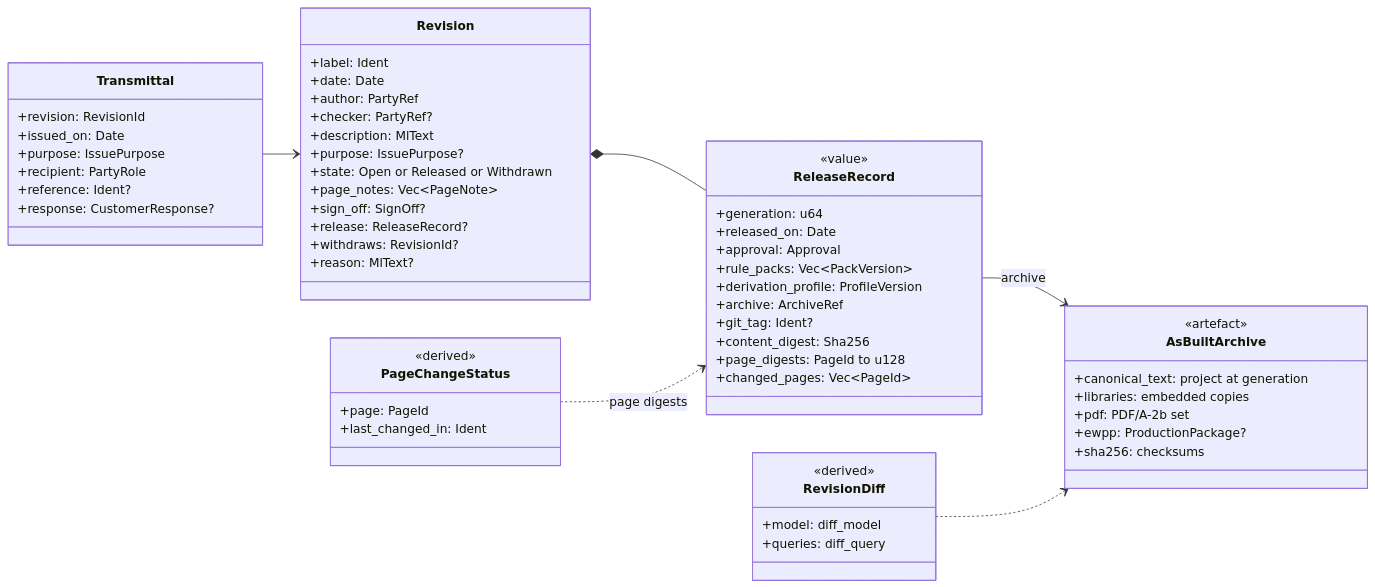
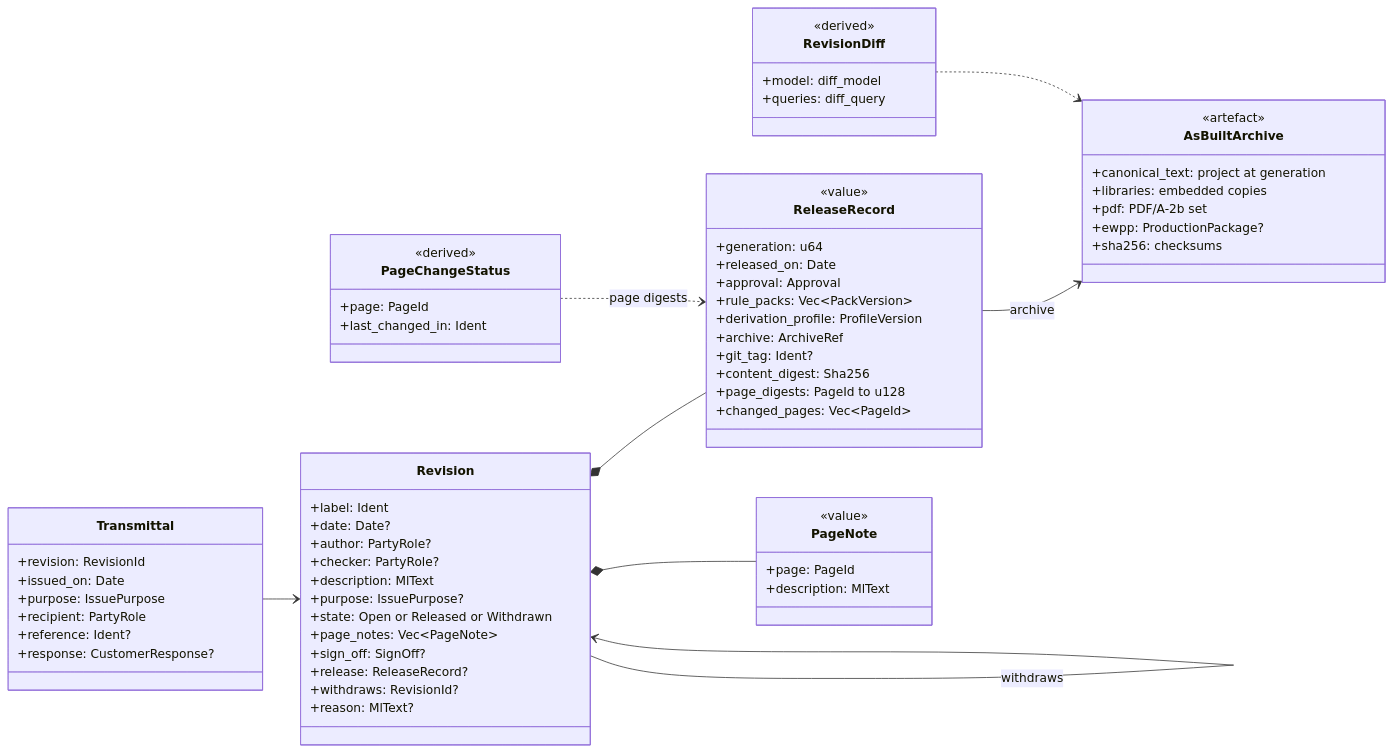
Diagram 19 of 20 in docs/design/03-domain-model.md (Ironkode787/ElektraWatt), drawn with Mermaid before and after one commit. The commit also changed other lines of this file and 12 other files, not shown here.

````diff
--- a/docs/design/03-domain-model.md
+++ b/docs/design/03-domain-model.md
@@ -2149,62 +2151,69 @@
 ```mermaid
 classDiagram
   direction LR
   class Revision {
     +label: Ident
-    +date: Date
-    +author: PartyRef
-    +checker: PartyRef?
+    +date: Date?
+    +author: PartyRole?
+    +checker: PartyRole?
     +description: MlText
     +purpose: IssuePurpose?
     +state: Open or Released or Withdrawn
     +page_notes: Vec~PageNote~
     +sign_off: SignOff?
     +release: ReleaseRecord?
     +withdraws: RevisionId?
     +reason: MlText?
   }
   class ReleaseRecord {
     <<value>>
     +generation: u64
     +released_on: Date
     +approval: Approval
     +rule_packs: Vec~PackVersion~
     +derivation_profile: ProfileVersion
     +archive: ArchiveRef
     +git_tag: Ident?
     +content_digest: Sha256
     +page_digests: PageId to u128
     +changed_pages: Vec~PageId~
   }
   class Transmittal {
     +revision: RevisionId
     +issued_on: Date
     +purpose: IssuePurpose
     +recipient: PartyRole
     +reference: Ident?
     +response: CustomerResponse?
   }
   class AsBuiltArchive {
     <<artefact>>
     +canonical_text: project at generation
     +libraries: embedded copies
     +pdf: PDF/A-2b set
     +ewpp: ProductionPackage?
     +sha256: checksums
   }
   class PageChangeStatus {
     <<derived>>
     +page: PageId
     +last_changed_in: Ident
   }
   class RevisionDiff {
     <<derived>>
     +model: diff_model
     +queries: diff_query
   }
+  class PageNote {
+    <<value>>
+    +page: PageId
+    +description: MlText
+  }
+  Revision *-- PageNote
   Revision *-- ReleaseRecord
+  Revision --> Revision : withdraws
   Transmittal --> Revision
   ReleaseRecord --> AsBuiltArchive : archive
   PageChangeStatus ..> ReleaseRecord : page digests
   RevisionDiff ..> AsBuiltArchive
 ```
````
